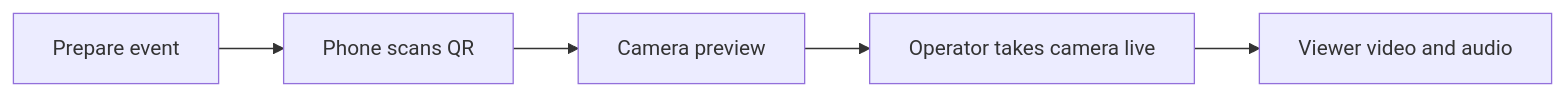
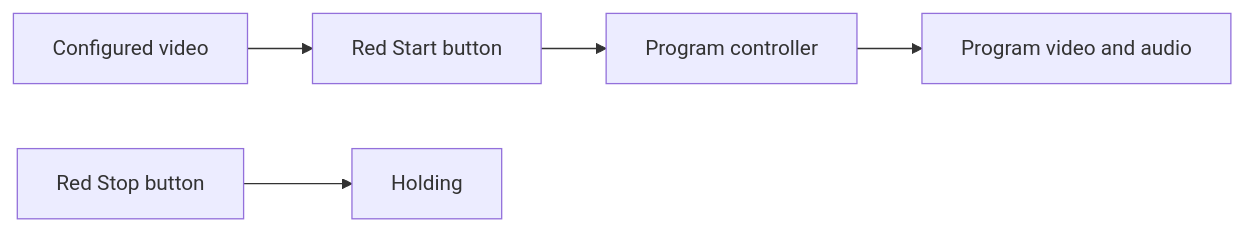
One commit to joeldsouzax/vast-hackathon changed the diagram in README.md. Above: the diagram before and after it, drawn with Mermaid. The commit also changed other lines of this file and 23 other files, not shown here.

Commit message:
Wire configurable repo video to red operator Start and Stop button

````diff
--- a/README.md
+++ b/README.md
@@ -14,7 +40,7 @@
 ```mermaid
 flowchart LR
-  Setup[Prepare event] --> Join[Phone scans QR]
-  Join --> Preview[Camera preview]
-  Preview --> Start[Operator takes camera live]
-  Start --> View[Viewer video and audio]
+  File[Configured video] --> Start[Red Start button]
+  Start --> Controller[Program controller]
+  Controller --> View[Program video and audio]
+  Stop[Red Stop button] --> Hold[Holding]
 ```
````
